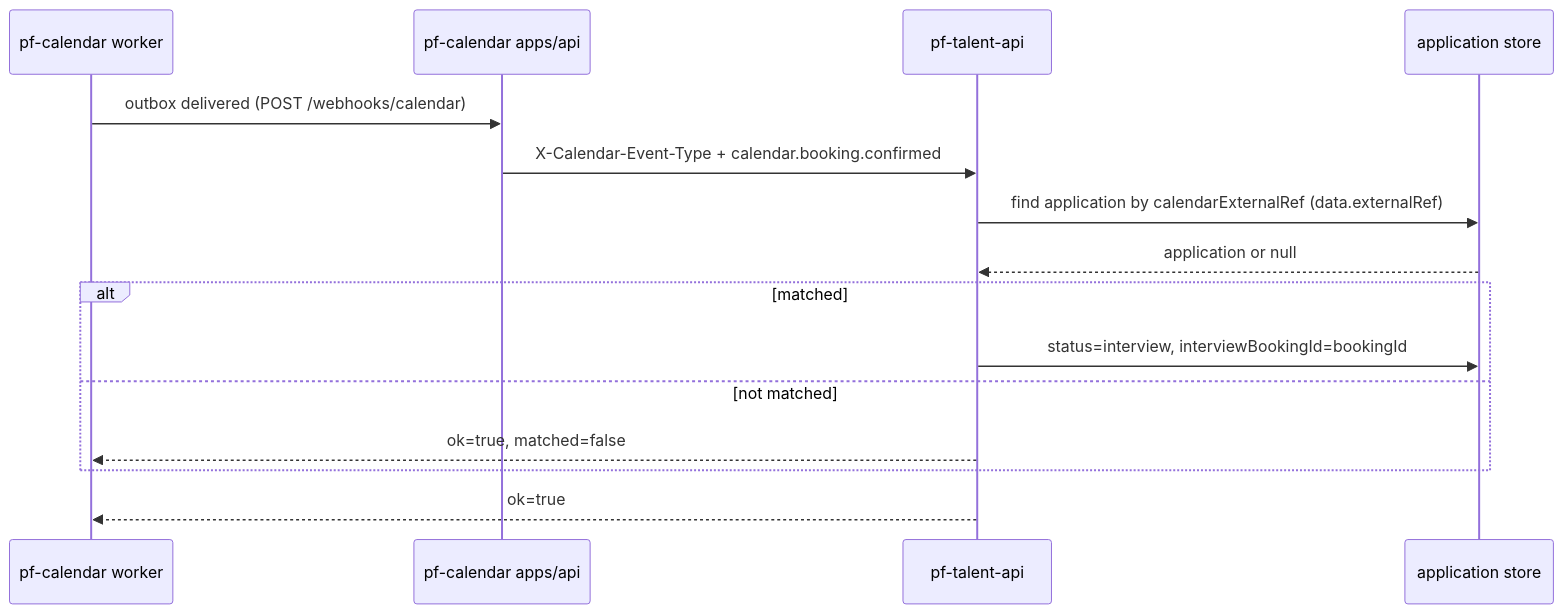
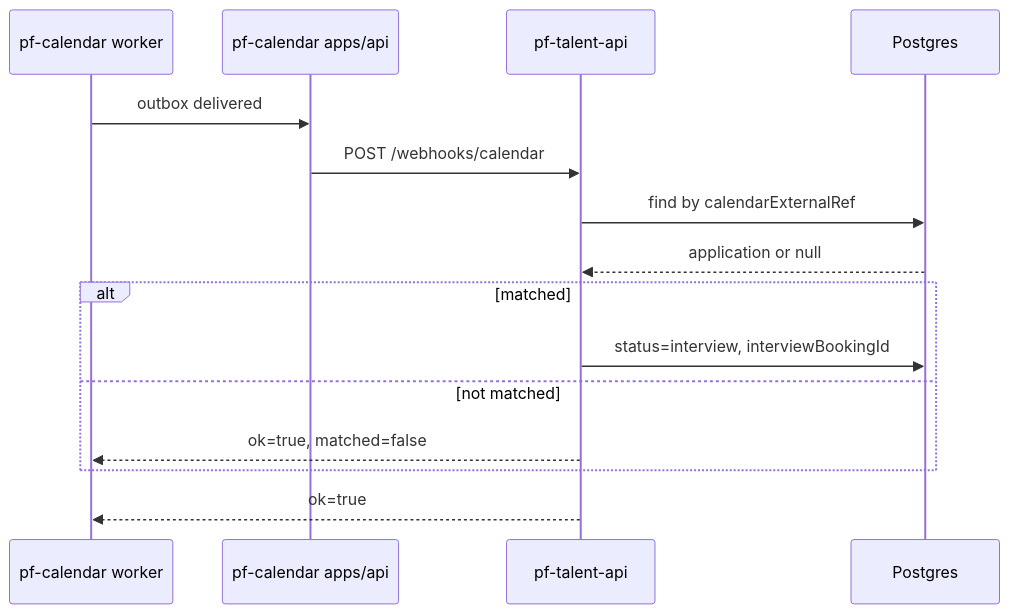
Before and after one commit to maeplego/portfolio-plan: the second of 4 diagrams in portfolio-plan/talent-platform/docs/06-diagrams.md, drawn with Mermaid. The commit also changed other lines of this file and 111 other files, not shown here.

````diff
--- a/portfolio-plan/talent-platform/docs/06-diagrams.md
+++ b/portfolio-plan/talent-platform/docs/06-diagrams.md
@@ -28,18 +28,18 @@
 ```mermaid
 sequenceDiagram
   participant Worker as pf-calendar worker
-  participant P05API as pf-calendar apps/api
+  participant CalAPI as pf-calendar apps/api
   participant Talent as pf-talent-api
-  participant Store as application store
+  participant Store as Postgres
 
-  Worker->>P05API: outbox delivered (POST /webhooks/calendar)
-  P05API->>Talent: X-Calendar-Event-Type + calendar.booking.confirmed
-  Talent->>Store: find application by calendarExternalRef (data.externalRef)
+  Worker->>CalAPI: outbox delivered
+  CalAPI->>Talent: POST /webhooks/calendar
+  Talent->>Store: find by calendarExternalRef
   Store-->>Talent: application or null
   alt matched
-    Talent->>Store: status=interview, interviewBookingId=bookingId
+    Talent->>Store: status=interview, interviewBookingId
   else not matched
     Talent-->>Worker: ok=true, matched=false
   end
   Talent-->>Worker: ok=true
 ```
````
